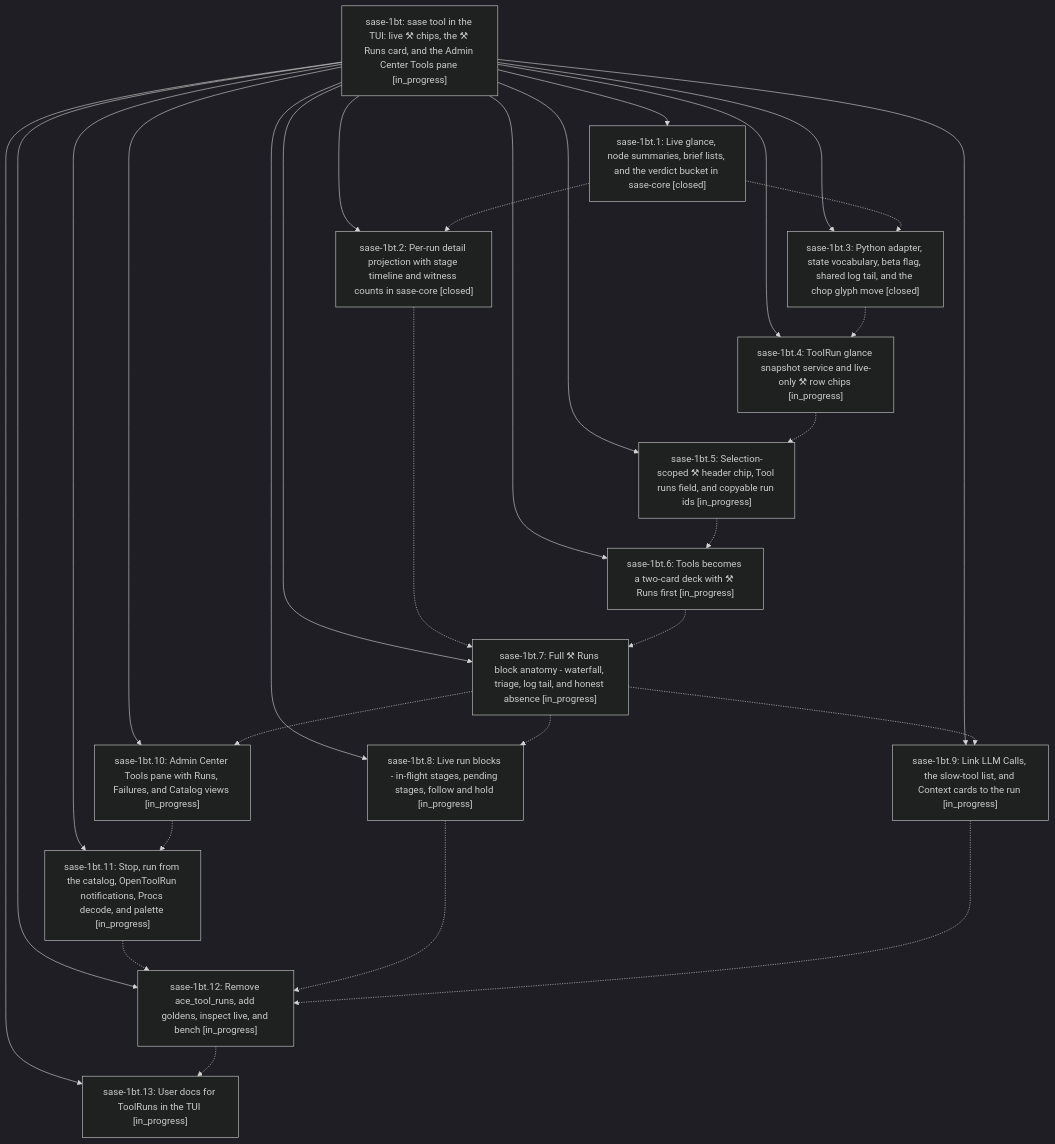
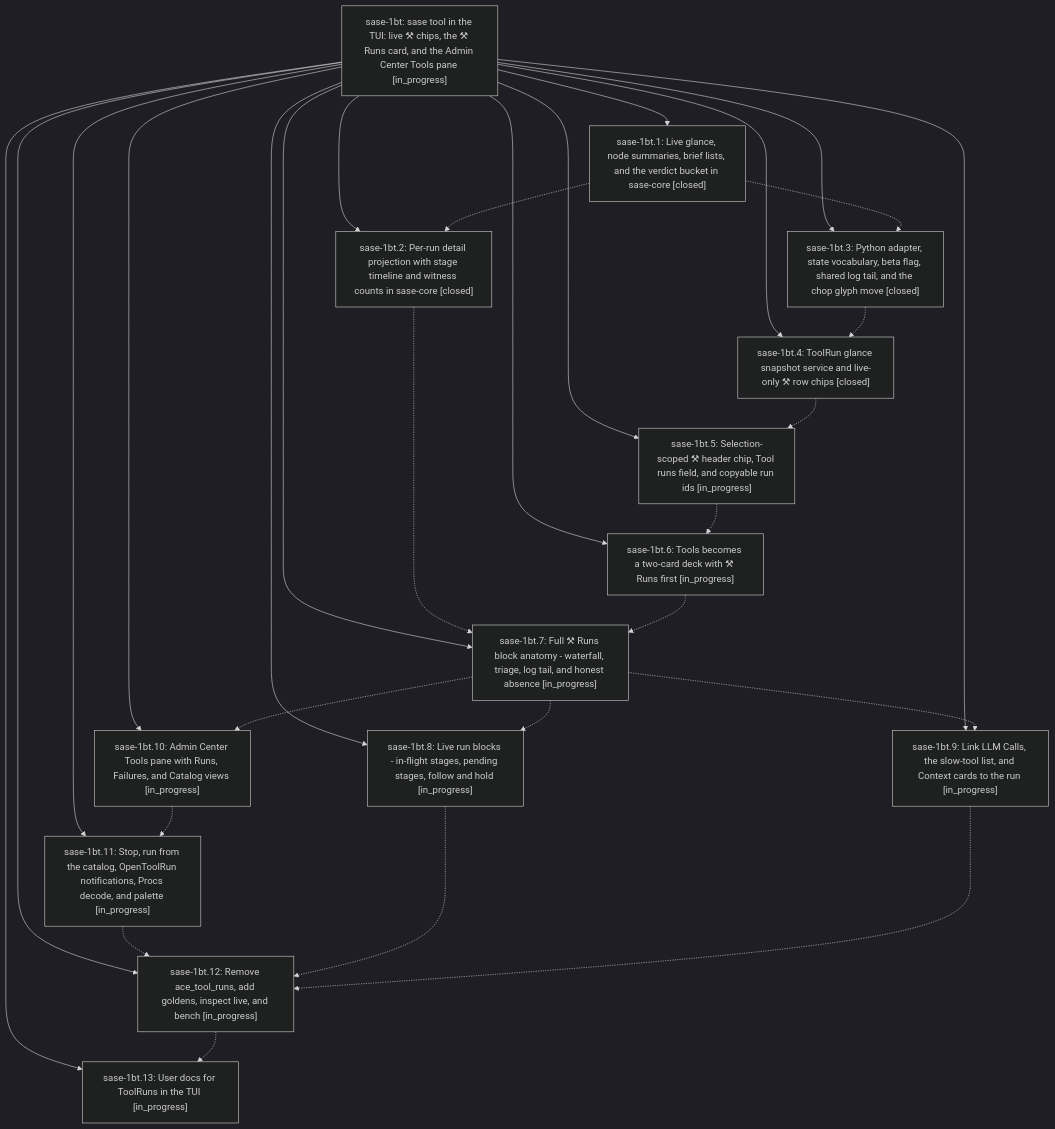
Before and after one commit to sase-org/sase--beads: the diagram in pages/sase-1bt/README.md, drawn with Mermaid (dark theme). The commit also changed other lines of this file and 3 other files, not shown here.

````diff
--- a/pages/sase-1bt/README.md
+++ b/pages/sase-1bt/README.md
@@ -46,45 +46,45 @@
 ```mermaid
 flowchart TD
     n0["sase-1bt: sase tool in the TUI: live ⚒ chips, the ⚒ Runs card, and the Admin Center Tools pane [in_progress]"]
     n1["sase-1bt.1: Live glance, node summaries, brief lists, and the verdict bucket in sase-core [closed]"]
     n2["sase-1bt.10: Admin Center Tools pane with Runs, Failures, and Catalog views [in_progress]"]
     n3["sase-1bt.11: Stop, run from the catalog, OpenToolRun notifications, Procs decode, and palette [in_progress]"]
     n4["sase-1bt.12: Remove ace_tool_runs, add goldens, inspect live, and bench [in_progress]"]
     n5["sase-1bt.13: User docs for ToolRuns in the TUI [in_progress]"]
     n6["sase-1bt.2: Per-run detail projection with stage timeline and witness counts in sase-core [closed]"]
     n7["sase-1bt.3: Python adapter, state vocabulary, beta flag, shared log tail, and the chop glyph move [closed]"]
-    n8["sase-1bt.4: ToolRun glance snapshot service and live-only ⚒ row chips [in_progress]"]
+    n8["sase-1bt.4: ToolRun glance snapshot service and live-only ⚒ row chips [closed]"]
     n9["sase-1bt.5: Selection-scoped ⚒ header chip, Tool runs field, and copyable run ids [in_progress]"]
     n10["sase-1bt.6: Tools becomes a two-card deck with ⚒ Runs first [in_progress]"]
     n11["sase-1bt.7: Full ⚒ Runs block anatomy - waterfall, triage, log tail, and honest absence [in_progress]"]
     n12["sase-1bt.8: Live run blocks - in-flight stages, pending stages, follow and hold [in_progress]"]
     n13["sase-1bt.9: Link LLM Calls, the slow-tool list, and Context cards to the run [in_progress]"]
     n0 --> n1
     n0 --> n2
     n0 --> n3
     n0 --> n4
     n0 --> n5
     n0 --> n6
     n0 --> n7
     n0 --> n8
     n0 --> n9
     n0 --> n10
     n0 --> n11
     n0 --> n12
     n0 --> n13
     n1 -.-> n6
     n1 -.-> n7
     n2 -.-> n3
     n3 -.-> n4
     n4 -.-> n5
     n6 -.-> n11
     n7 -.-> n8
     n8 -.-> n9
     n9 -.-> n10
     n10 -.-> n11
     n11 -.-> n2
     n11 -.-> n12
     n11 -.-> n13
     n12 -.-> n4
     n13 -.-> n4
 ```
````
